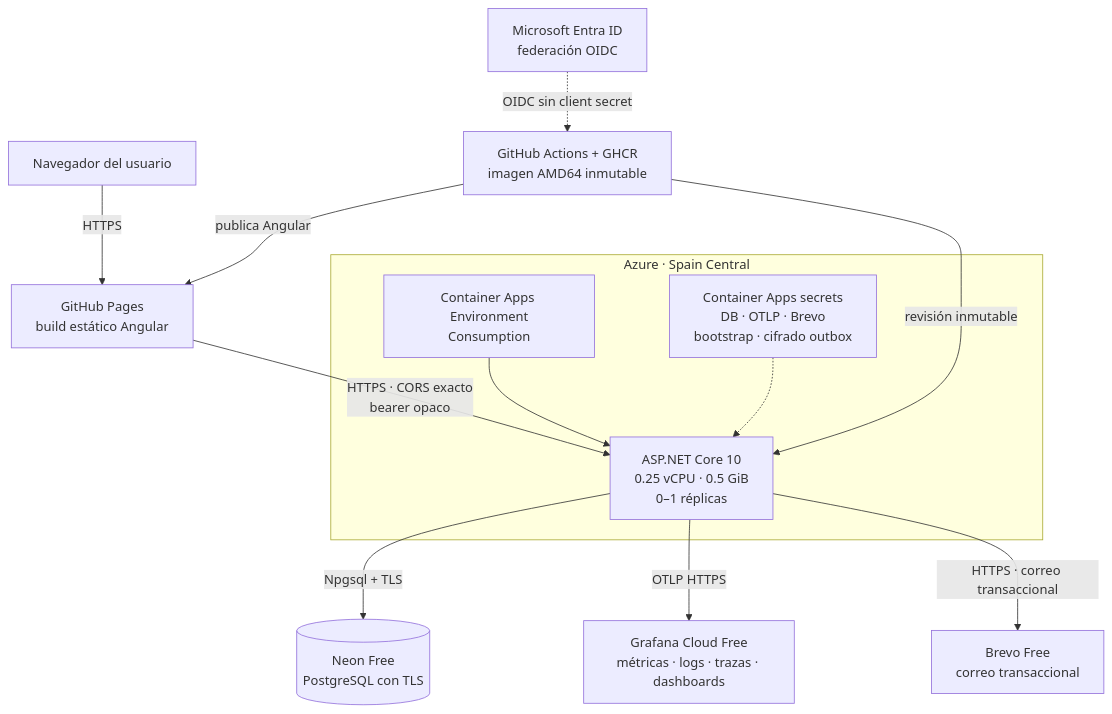
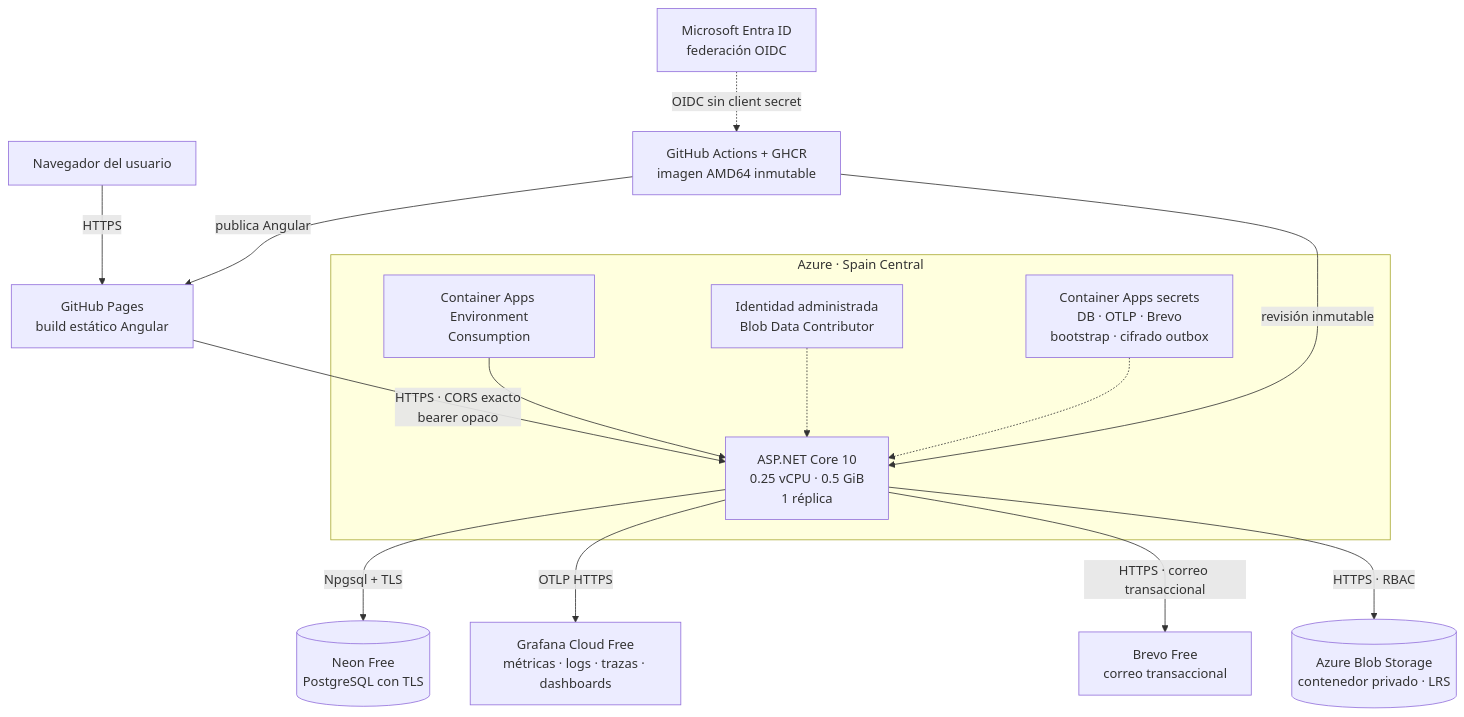
Before and after one commit to PeterBFoo/dnd-campaign-manager: the second of 2 diagrams in docs/architecture/diagrama-de-despliegue.md, drawn with Mermaid. The commit also changed other lines of this file and 74 other files, not shown here.

````diff
--- a/docs/architecture/diagrama-de-despliegue.md
+++ b/docs/architecture/diagrama-de-despliegue.md
@@ -87,27 +92,31 @@
 ```mermaid
 flowchart TB
     user["Navegador del usuario"]
     github["GitHub Actions + GHCR<br/>imagen AMD64 inmutable"]
     pages["GitHub Pages<br/>build estático Angular"]
     entra["Microsoft Entra ID<br/>federación OIDC"]
     neon[("Neon Free<br/>PostgreSQL con TLS")]
     grafana["Grafana Cloud Free<br/>métricas · logs · trazas · dashboards"]
     brevo["Brevo Free<br/>correo transaccional"]
+    blob[("Azure Blob Storage<br/>contenedor privado · LRS")]
 
     subgraph azure["Azure · Spain Central"]
         environment["Container Apps Environment<br/>Consumption"]
-        api_prod["ASP.NET Core 10<br/>0.25 vCPU · 0.5 GiB<br/>0–1 réplicas"]
+        api_prod["ASP.NET Core 10<br/>0.25 vCPU · 0.5 GiB<br/>1 réplica"]
+        identity["Identidad administrada<br/>Blob Data Contributor"]
         secrets["Container Apps secrets<br/>DB · OTLP · Brevo<br/>bootstrap · cifrado outbox"]
     end
 
     user -->|"HTTPS"| pages
     pages -->|"HTTPS · CORS exacto<br/>bearer opaco"| api_prod
     environment --> api_prod
     api_prod -->|"Npgsql + TLS"| neon
     api_prod -->|"OTLP HTTPS"| grafana
     api_prod -->|"HTTPS · correo transaccional"| brevo
+    api_prod -->|"HTTPS · RBAC"| blob
+    identity -.-> api_prod
     secrets -.-> api_prod
     github -->|"publica Angular"| pages
     github -->|"revisión inmutable"| api_prod
     entra -.->|"OIDC sin client secret"| github
 ```
````
